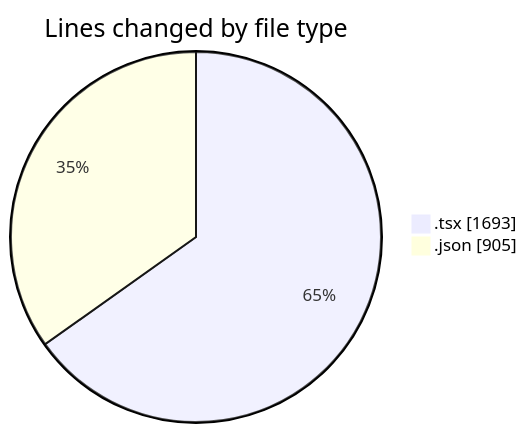
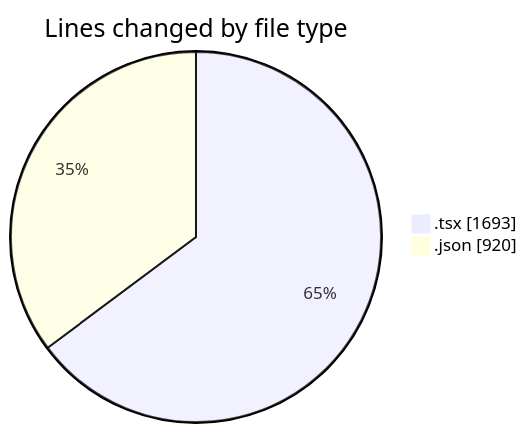
Before and after one commit to EIIisD/code-tracking: the first of 2 diagrams in 2025-08-13/ribbon/README.md, drawn with Mermaid. The commit also changed other lines of this file and 1 other file, not shown here.

````diff
--- a/2025-08-13/ribbon/README.md
+++ b/2025-08-13/ribbon/README.md
@@ -29,6 +29,6 @@
 ```mermaid
 pie showData
 title Lines changed by file type
 ".tsx" : 1693
-".json" : 905
+".json" : 920
 ```
````
